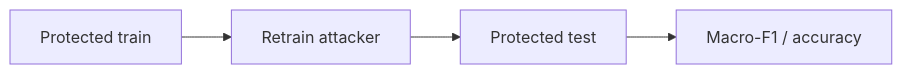
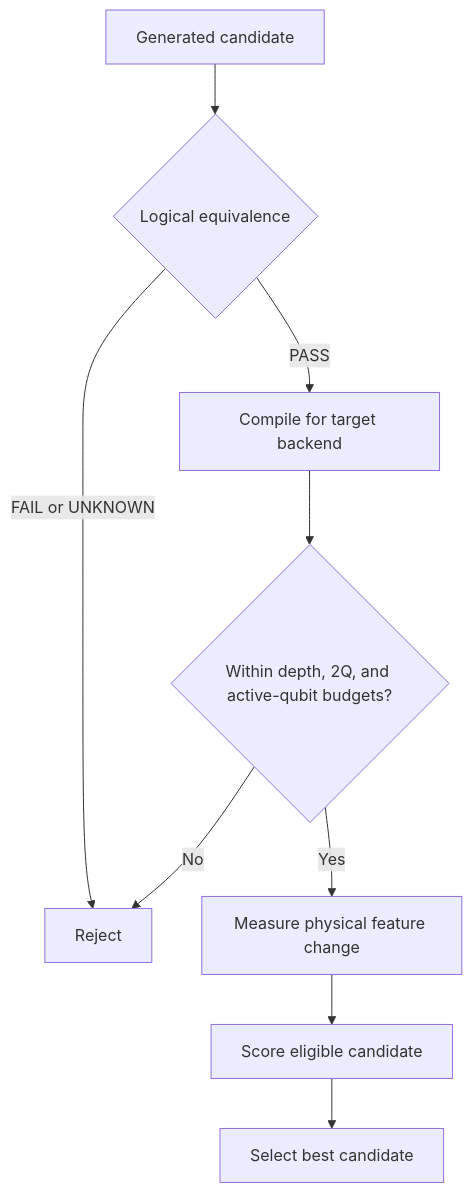
The fourth of 5 diagrams in README.md (Usainbond007/Quantum-Privacy-Firewall), drawn with Mermaid before and after one commit. The commit also changed other lines of this file, not shown here.

````diff
--- a/README.md
+++ b/README.md
@@ -189,4 +146,11 @@
 ```mermaid
-flowchart LR
-    A[Protected train] --> B[Retrain attacker] --> C[Protected test] --> D[Macro-F1 / accuracy]
+flowchart TD
+    A[Generated candidate] --> B{Logical equivalence}
+    B -->|FAIL or UNKNOWN| X[Reject]
+    B -->|PASS| C[Compile for target backend]
+    C --> D{Within depth, 2Q, and active-qubit budgets?}
+    D -->|No| X
+    D -->|Yes| E[Measure physical feature change]
+    E --> F[Score eligible candidate]
+    F --> G[Select best candidate]
 ```
````
